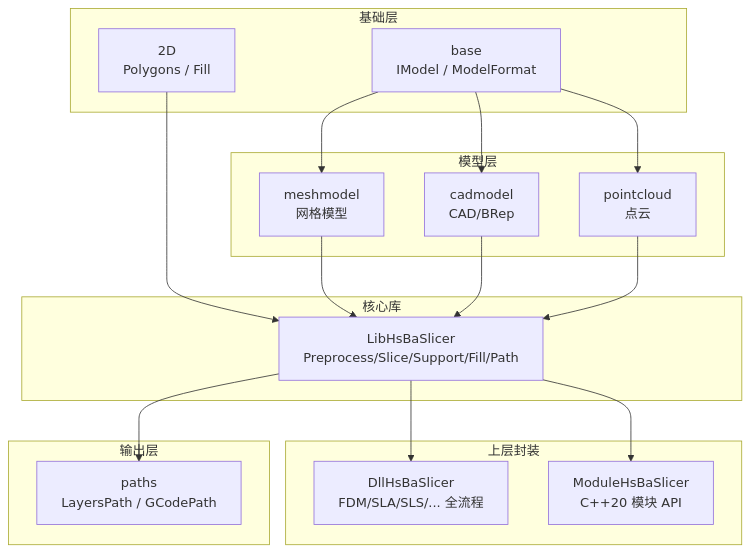
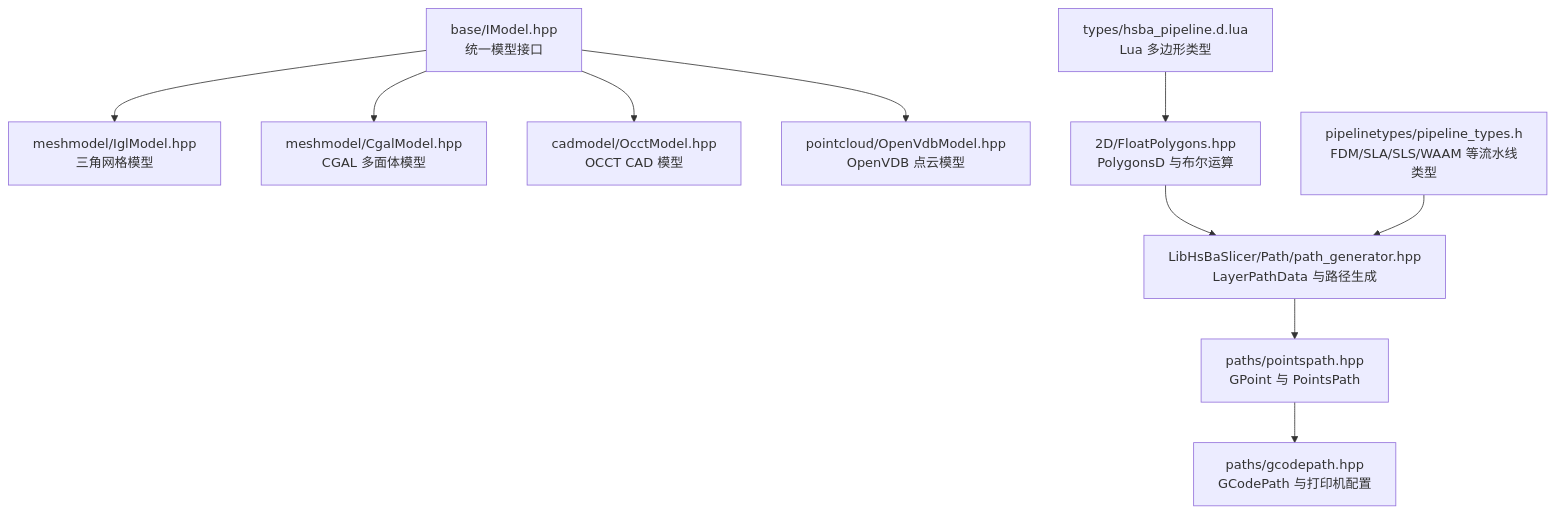
One commit to hsmbanlance/HsBaSlicer changed the first of 8 diagrams in .qoder/repowiki/zh/content/核心概念/核心概念.md. Above: the diagram before and after it, drawn with Mermaid. The commit also changed other lines of this file and 1135 other files, not shown here.

````diff
--- a/.qoder/repowiki/zh/content/核心概念/核心概念.md
+++ b/.qoder/repowiki/zh/content/核心概念/核心概念.md
@@ -45,32 +53,12 @@
 ```mermaid
 graph TB
-subgraph "基础层"
-Base["base<br/>IModel / ModelFormat"]
-TwoD["2D<br/>Polygons / Fill"]
-end
-subgraph "模型层"
-Mesh["meshmodel<br/>网格模型"]
-CAD["cadmodel<br/>CAD/BRep"]
-PC["pointcloud<br/>点云"]
-end
-subgraph "核心库"
-Lib["LibHsBaSlicer<br/>Preprocess/Slice/Support/Fill/Path"]
-end
-subgraph "上层封装"
-DLL["DllHsBaSlicer<br/>FDM/SLA/SLS/... 全流程"]
-Mod["ModuleHsBaSlicer<br/>C++20 模块 API"]
-end
-subgraph "输出层"
-Paths["paths<br/>LayersPath / GCodePath"]
-end
-Base --> Mesh
-Base --> CAD
-Base --> PC
-TwoD --> Lib
-Mesh --> Lib
-CAD --> Lib
-PC --> Lib
-Lib --> DLL
-Lib --> Mod
-Lib --> Paths
+A["base/IModel.hpp<br/>统一模型接口"] --> B["meshmodel/IglModel.hpp<br/>三角网格模型"]
+A --> C["meshmodel/CgalModel.hpp<br/>CGAL 多面体模型"]
+A --> D["cadmodel/OcctModel.hpp<br/>OCCT CAD 模型"]
+A --> E["pointcloud/OpenVdbModel.hpp<br/>OpenVDB 点云模型"]
+F["2D/FloatPolygons.hpp<br/>PolygonsD 与布尔运算"] --> G["LibHsBaSlicer/Path/path_generator.hpp<br/>LayerPathData 与路径生成"]
+G --> H["paths/pointspath.hpp<br/>GPoint 与 PointsPath"]
+H --> I["paths/gcodepath.hpp<br/>GCodePath 与打印机配置"]
+J["pipelinetypes/pipeline_types.h<br/>FDM/SLA/SLS/WAAM 等流水线类型"] --> G
+K["types/hsba_pipeline.d.lua<br/>Lua 多边形类型"] --> F
 ```
````
